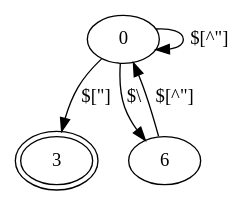
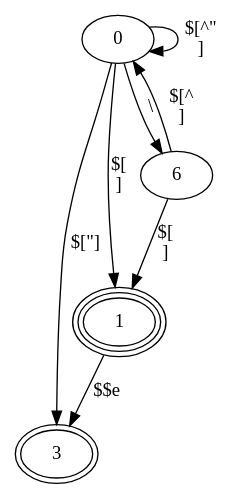
One commit to aoyako/682-Lexer changed the diagram in lua/string_constant_2.dot. Above: the diagram before and after it, drawn with Graphviz. The commit also changed 7 other files, not shown here.

```diff
--- a/lua/string_constant_2.dot
+++ b/lua/string_constant_2.dot
@@ -1,7 +1,13 @@
 digraph string_constant_2 {
     3 [peripheries=2]
+    1 [peripheries=3]
+
     0 -> 3 [label="$[\"]"]
-    0 -> 6 [label="$\\"]
-    6 -> 0 [label="$[^\"]"]
-    0 -> 0 [label="$[^\"]"]
+    0 -> 6 [label="\\"]
+    6 -> 0 [label="$[^\n]"]
+    0 -> 0 [label="$[^\"\n]"]
+
+    0 -> 1 [label="$[\n]"]
+    6 -> 1 [label="$[\n]"]
+    1 -> 3 [label="$$e"]
 }
```
